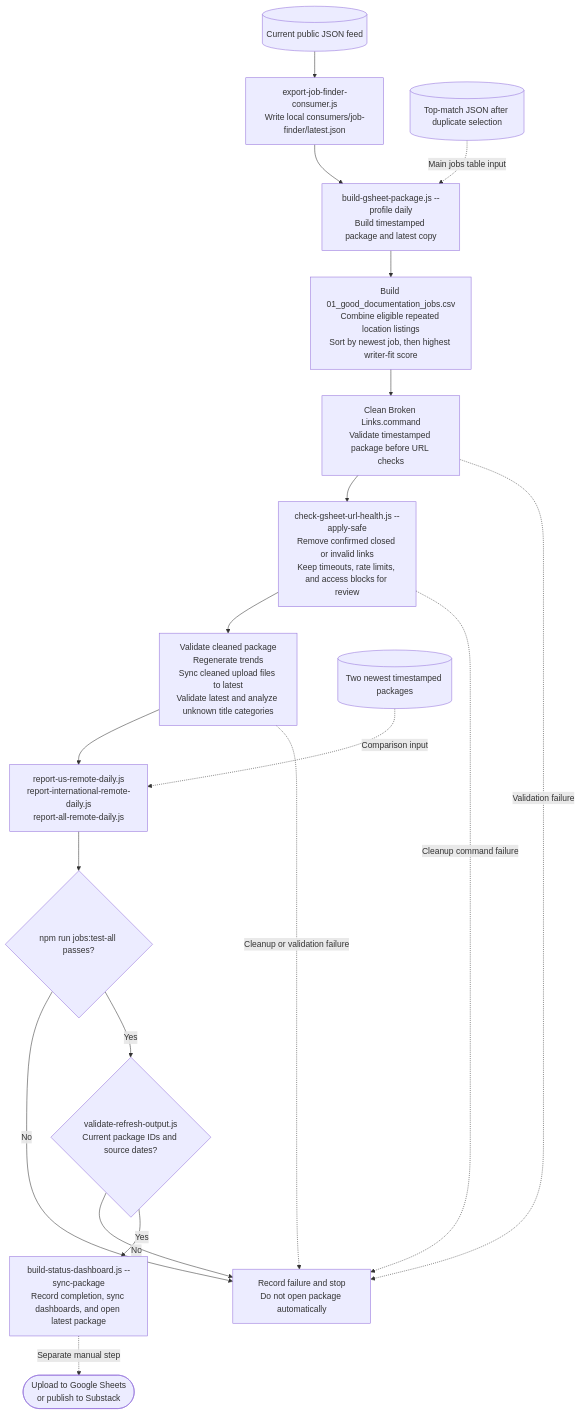
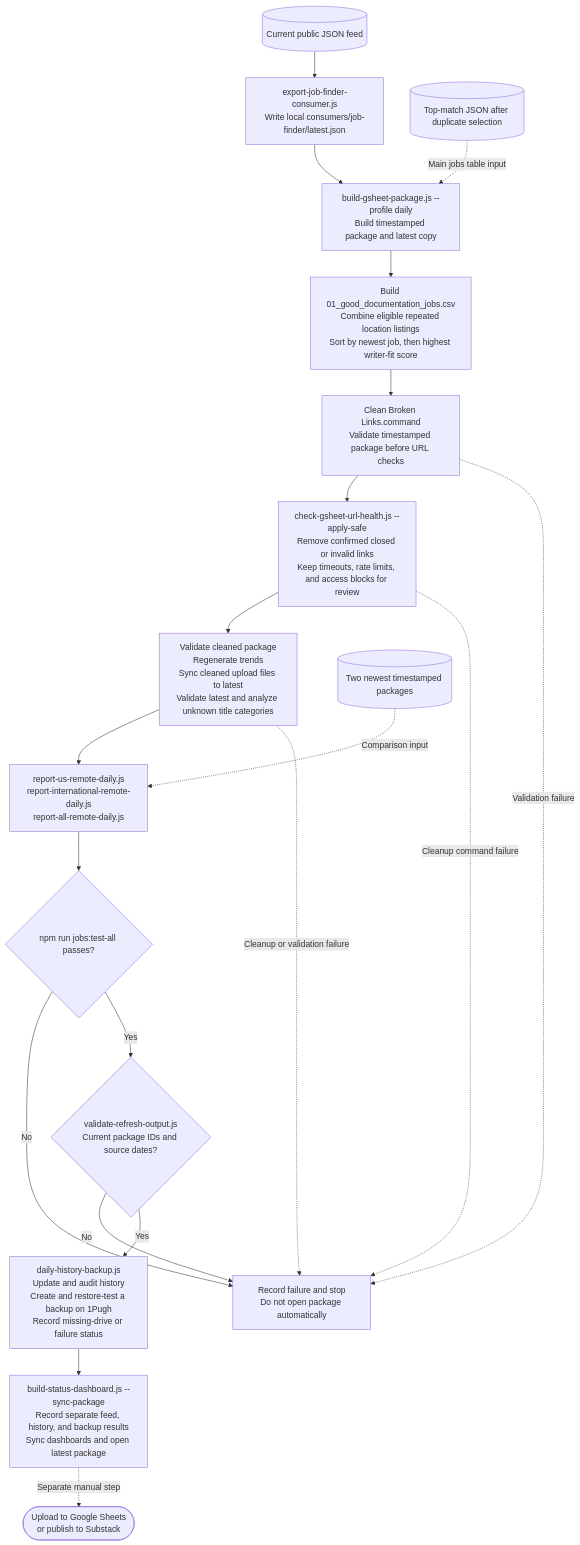
One commit to DocAdam/public-job-feed changed the third of 3 diagrams in docs/refresh-job-feed-process.md. Above: the diagram before and after it, drawn with Mermaid. The commit also changed other lines of this file and 16 other files, not shown here.

Commit message:
feat(backup): verify daily history backups and separate results

````diff
--- a/docs/refresh-job-feed-process.md
+++ b/docs/refresh-job-feed-process.md
@@ -67,21 +68,22 @@
 ```mermaid
 flowchart TD
     A[("Current public JSON feed")] --> B["export-job-finder-consumer.js<br/>Write local consumers/job-finder/latest.json"]
     B --> C["build-gsheet-package.js --profile daily<br/>Build timestamped package and latest copy"]
     T[("Top-match JSON after duplicate selection")] -. "Main jobs table input" .-> C
     C --> D["Build 01_good_documentation_jobs.csv<br/>Combine eligible repeated location listings<br/>Sort by newest job, then highest writer-fit score"]
     D --> E["Clean Broken Links.command<br/>Validate timestamped package before URL checks"]
     E --> F["check-gsheet-url-health.js --apply-safe<br/>Remove confirmed closed or invalid links<br/>Keep timeouts, rate limits, and access blocks for review"]
     F --> G["Validate cleaned package<br/>Regenerate trends<br/>Sync cleaned upload files to latest<br/>Validate latest and analyze unknown title categories"]
     G --> H["report-us-remote-daily.js<br/>report-international-remote-daily.js<br/>report-all-remote-daily.js"]
     P[("Two newest timestamped packages")] -. "Comparison input" .-> H
     H --> I{"npm run jobs:test-all passes?"}
     I -- No --> X["Record failure and stop<br/>Do not open package automatically"]
     E -. "Validation failure" .-> X
     F -. "Cleanup command failure" .-> X
     G -. "Cleanup or validation failure" .-> X
     I -- Yes --> V{"validate-refresh-output.js<br/>Current package IDs and source dates?"}
     V -- No --> X
-    V -- Yes --> J["build-status-dashboard.js --sync-package<br/>Record completion, sync dashboards, and open latest package"]
+    V -- Yes --> HB["daily-history-backup.js<br/>Update and audit history<br/>Create and restore-test a backup on 1Pugh<br/>Record missing-drive or failure status"]
+    HB --> J["build-status-dashboard.js --sync-package<br/>Record separate feed, history, and backup results<br/>Sync dashboards and open latest package"]
     J -. "Separate manual step" .-> K(["Upload to Google Sheets<br/>or publish to Substack"])
 ```
````
